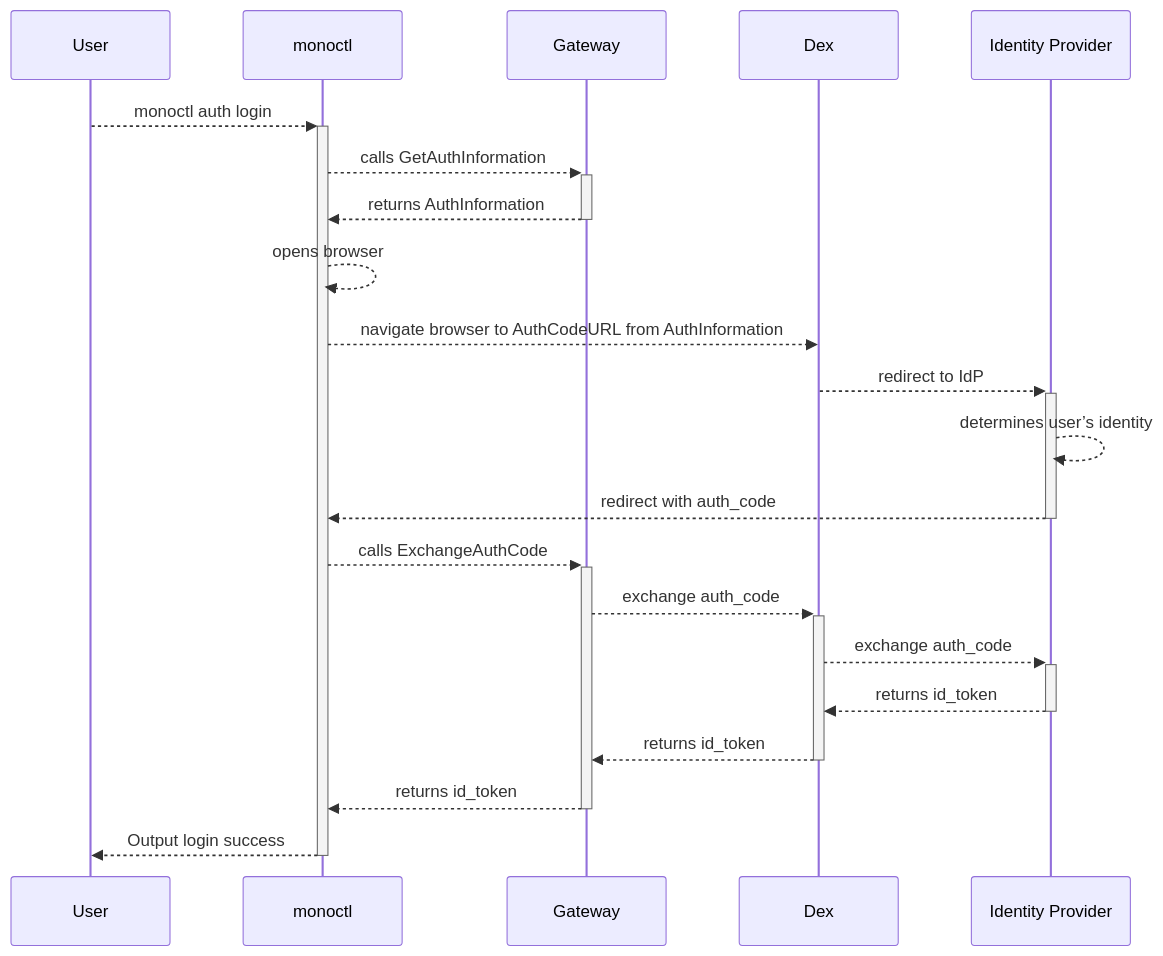
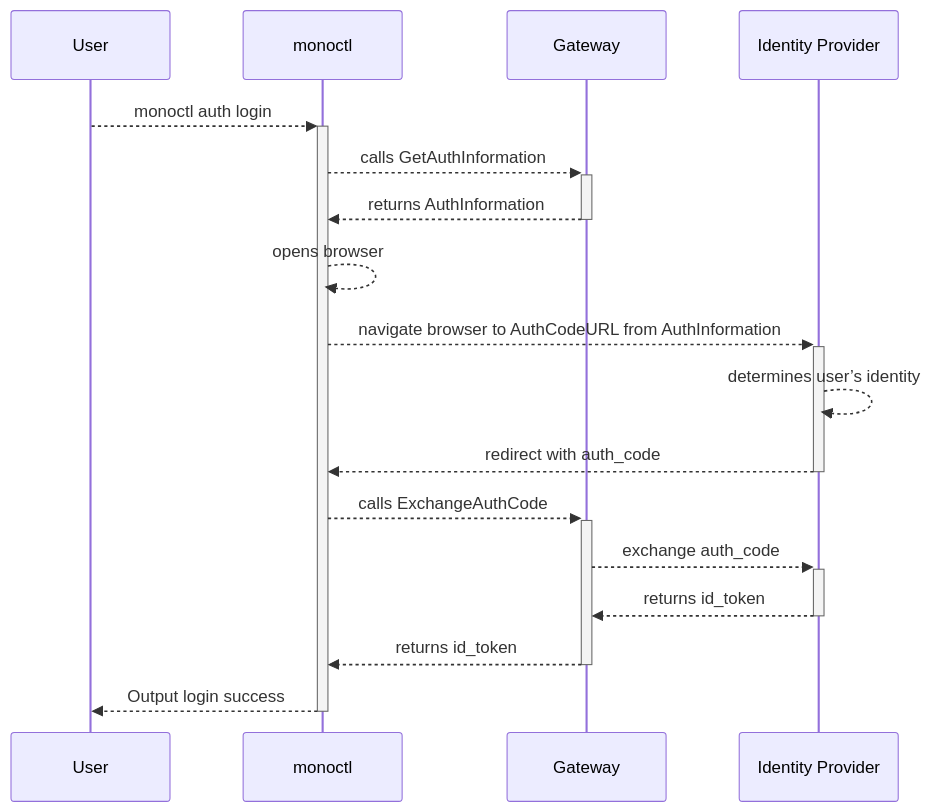
One commit to finleap-connect/monoskope changed the diagram in docs/flow-charts/sd-monoctl-auth.mmd. Above: the diagram before and after it, drawn with Mermaid. The commit also changed 19 other files, not shown here.

```diff
--- a/docs/flow-charts/sd-monoctl-auth.mmd
+++ b/docs/flow-charts/sd-monoctl-auth.mmd
@@ -1,21 +1,17 @@
 sequenceDiagram
     participant U as User
     participant M as monoctl
     participant G as Gateway
-    participant D as Dex
     participant I as Identity Provider
     U-->>+M: monoctl auth login
     M-->>+G: calls GetAuthInformation
     G-->>-M: returns AuthInformation
     M-->>M: opens browser
-    M-->>D: navigate browser to AuthCodeURL from AuthInformation
-    D-->>+I: redirect to IdP
+    M-->>+I: navigate browser to AuthCodeURL from AuthInformation
     I-->>I: determines user’s identity
     I-->>-M: redirect with auth_code
     M-->>+G: calls ExchangeAuthCode
-    G-->>+D: exchange auth_code
-    D-->>+I: exchange auth_code
-    I-->>-D: returns id_token
-    D-->>-G: returns id_token
+    G-->>+I: exchange auth_code
+    I-->>-G: returns id_token
     G-->>-M: returns id_token
     M-->>-U: Output login success
```
